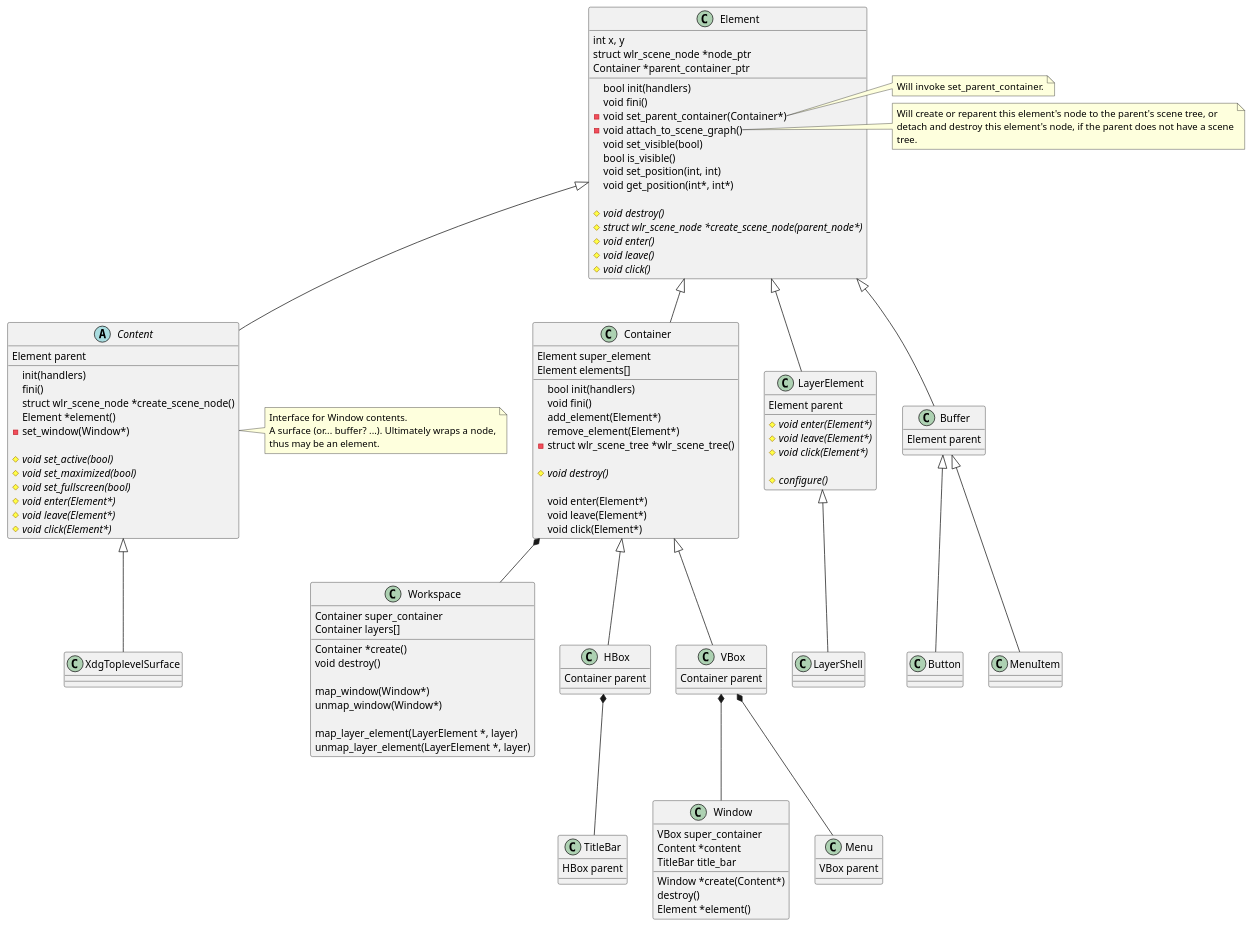
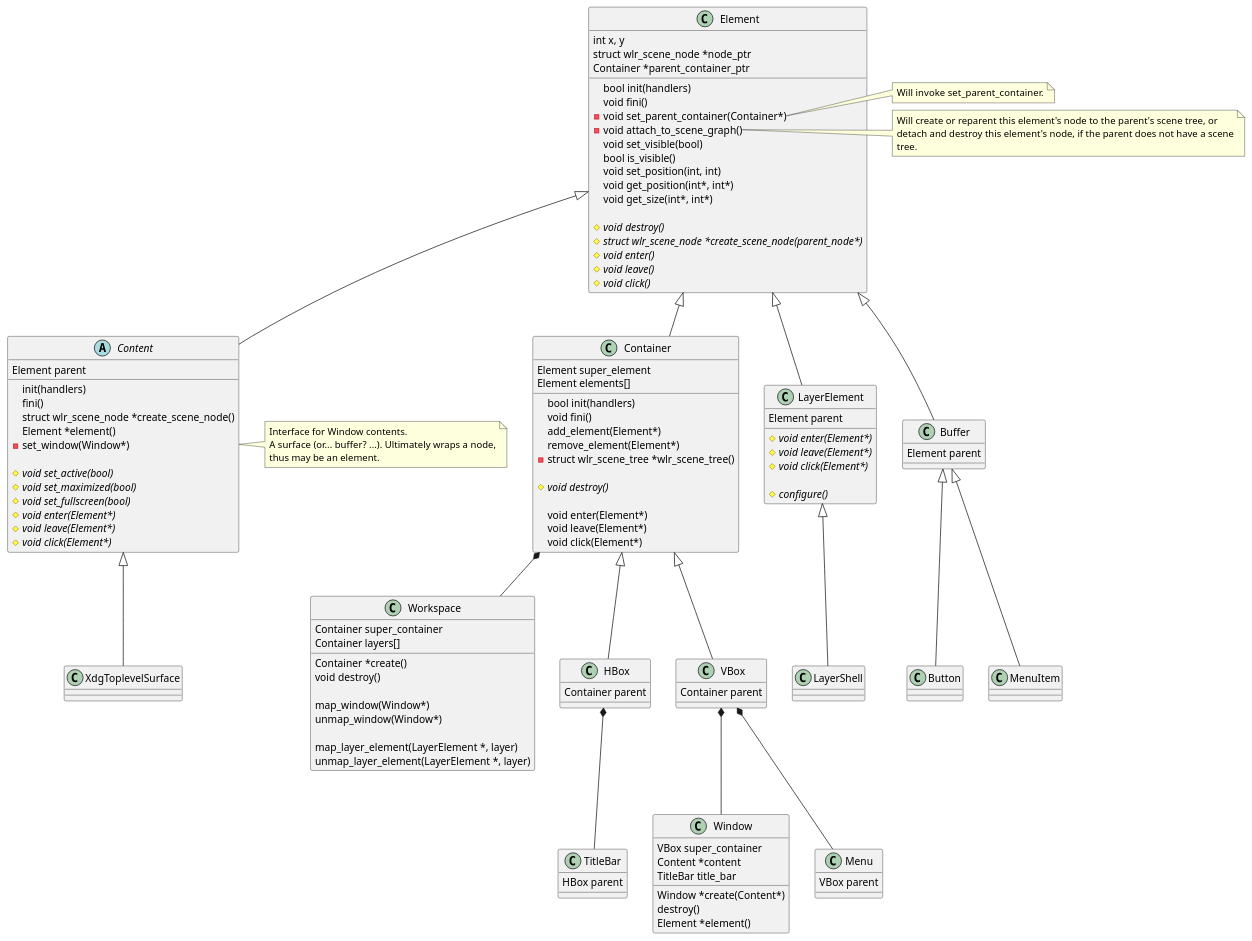
One commit to phkaeser/wlmaker changed the first of 2 diagrams in src/toolkit/toolkit.md. Above: the diagram before and after it, drawn with PlantUML.

Commit message:
Adds get_size method.

```diff
--- a/src/toolkit/toolkit.md
+++ b/src/toolkit/toolkit.md
@@ -36,6 +36,7 @@
   bool is_visible()
   void set_position(int, int)
   void get_position(int*, int*)
+  void get_size(int*, int*)
 
   {abstract}#void destroy()
   {abstract}#struct wlr_scene_node *create_scene_node(parent_node*)
```
